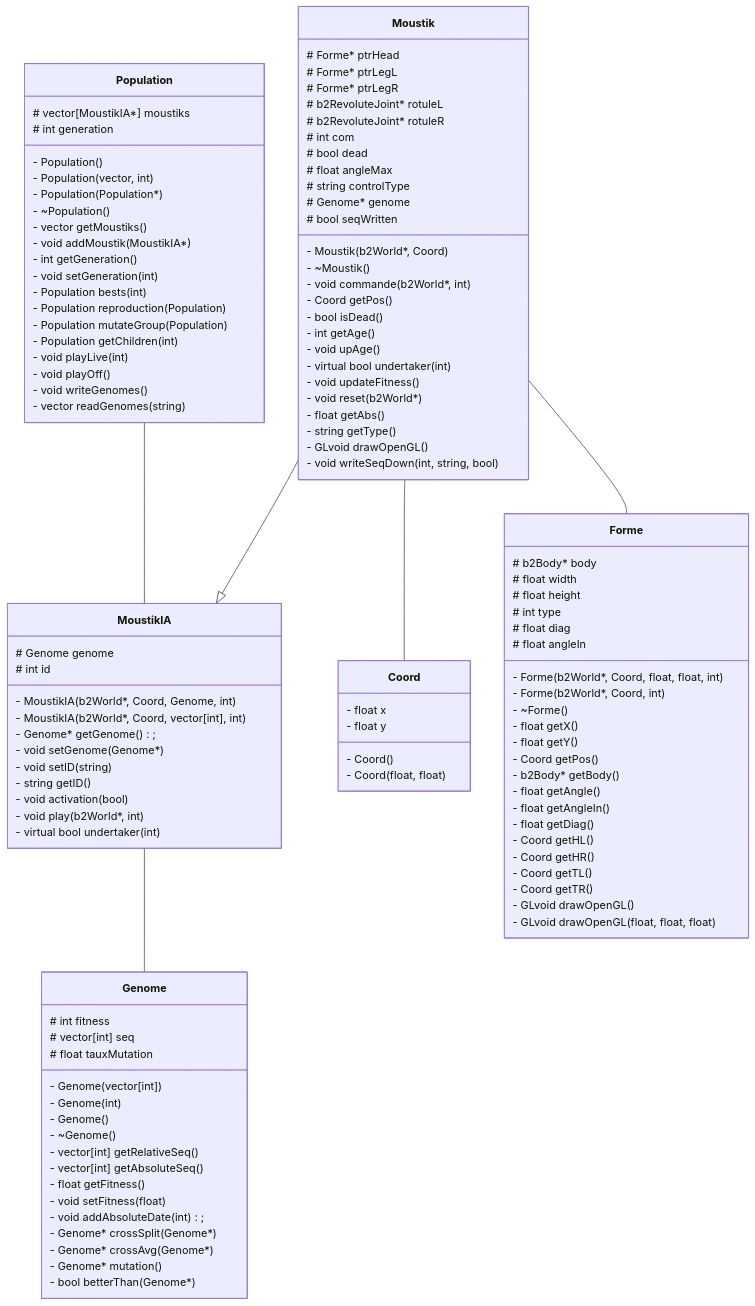
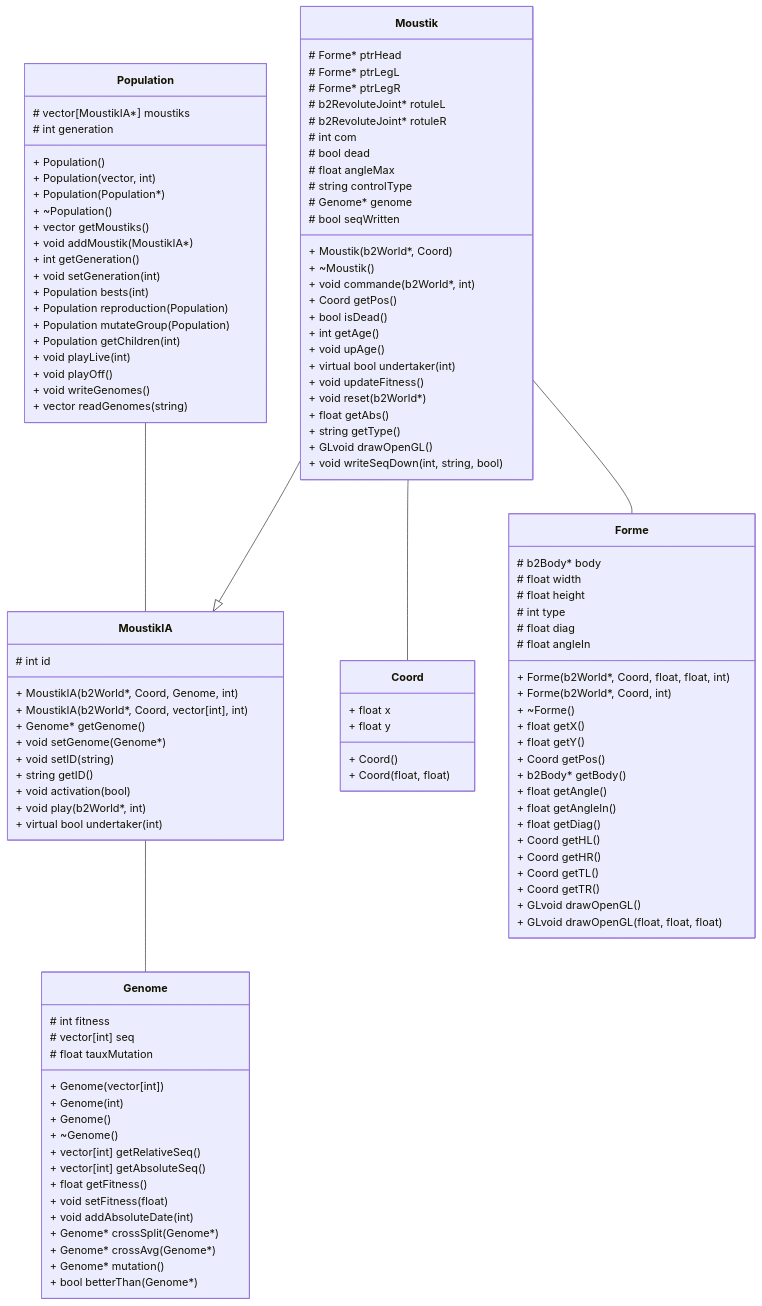
Before and after one commit to vicco-rgb/MoustikGenetik: the diagram in compteRendu.md, drawn with Mermaid. The commit also changed other lines of this file and 1 other file, not shown here.

Commit message:
compterendu explicitation classes

````diff
--- a/compteRendu.md
+++ b/compteRendu.md
@@ -28,10 +67,10 @@
 Moustik--Forme
 
 class Coord {
-  - float x
-  - float y
-  - Coord()
-  - Coord(float, float)
+  + float x
+  + float y
+  + Coord()
+  + Coord(float, float)
 }
 
 class Forme {
@@ -41,22 +80,22 @@
   # int type
   # float diag
   # float angleIn
-  - Forme(b2World*, Coord, float, float, int)
-  - Forme(b2World*, Coord, int)
-  - ~Forme()
-  - float getX()
-  - float getY()
-  - Coord getPos()
-  - b2Body* getBody()
-  - float getAngle()
-  - float getAngleIn()
-  - float getDiag()
-  - Coord getHL()
-  - Coord getHR()
-  - Coord getTL()
-  - Coord getTR()
-  - GLvoid drawOpenGL()
-  - GLvoid drawOpenGL(float, float, float)
+  + Forme(b2World*, Coord, float, float, int)
+  + Forme(b2World*, Coord, int)
+  + ~Forme()
+  + float getX()
+  + float getY()
+  + Coord getPos()
+  + b2Body* getBody()
+  + float getAngle()
+  + float getAngleIn()
+  + float getDiag()
+  + Coord getHL()
+  + Coord getHR()
+  + Coord getTL()
+  + Coord getTR()
+  + GLvoid drawOpenGL()
+  + GLvoid drawOpenGL(float, float, float)
 }
 
 class Moustik {
@@ -71,73 +110,72 @@
   # string controlType
   # Genome* genome
   # bool seqWritten
-  - Moustik(b2World*, Coord)
-  - ~Moustik()
-  - void commande(b2World*, int)
-  - Coord getPos()
-  - bool isDead()
-  - int getAge()
-  - void upAge()
-  - virtual bool undertaker(int)
-  - void updateFitness()
-  - void reset(b2World*)
-  - float getAbs()
-  - string getType()
-  - GLvoid drawOpenGL()
-  - void writeSeqDown(int, string, bool)
+  + Moustik(b2World*, Coord)
+  + ~Moustik()
+  + void commande(b2World*, int)
+  + Coord getPos()
+  + bool isDead()
+  + int getAge()
+  + void upAge()
+  + virtual bool undertaker(int)
+  + void updateFitness()
+  + void reset(b2World*)
+  + float getAbs()
+  + string getType()
+  + GLvoid drawOpenGL()
+  + void writeSeqDown(int, string, bool)
 }
 
 class MoustikIA {
-  # Genome genome
   # int id
-  - MoustikIA(b2World*, Coord, Genome, int)
-  - MoustikIA(b2World*, Coord, vector[int], int)
-  - Genome* getGenome();
-  - void setGenome(Genome*)
-  - void setID(string)
-  - string getID()
-  - void activation(bool)
-  - void play(b2World*, int)
-  - virtual bool undertaker(int)
+  + MoustikIA(b2World*, Coord, Genome, int)
+  + MoustikIA(b2World*, Coord, vector[int], int)
+  + Genome* getGenome()
+  + void setGenome(Genome*)
+  + void setID(string)
+  + string getID()
+  + void activation(bool)
+  + void play(b2World*, int)
+  + virtual bool undertaker(int)
 }
 
 class Genome {
   # int fitness
   # vector[int] seq
   # float tauxMutation
-  - Genome(vector[int])
-  - Genome(int)
-  - Genome()
-  - ~Genome()
-  - vector[int] getRelativeSeq()
-  - vector[int] getAbsoluteSeq()
-  - float getFitness()
-  - void setFitness(float)
-  - void addAbsoluteDate(int);
-  - Genome* crossSplit(Genome*)
-  - Genome* crossAvg(Genome*)
-  - Genome* mutation()
-  - bool betterThan(Genome*)
+  + Genome(vector[int])
+  + Genome(int)
+  + Genome()
+  + ~Genome()
+  + vector[int] getRelativeSeq()
+  + vector[int] getAbsoluteSeq()
+  + float getFitness()
+  + void setFitness(float)
+  + void addAbsoluteDate(int)
+  + Genome* crossSplit(Genome*)
+  + Genome* crossAvg(Genome*)
+  + Genome* mutation()
+  + bool betterThan(Genome*)
 }
 
 class Population {
   # vector[MoustikIA*] moustiks
   # int generation
-  - Population()
-  - Population(vector<MoustikIA*>, int)
-  - Population(Population*)
-  - ~Population()
-  - vector<MoustikIA*> getMoustiks()
-  - void addMoustik(MoustikIA*)
-  - int getGeneration()
-  - void setGeneration(int)
-  - Population bests(int)
-  - Population reproduction(Population)
-  - Population mutateGroup(Population)
-  - Population getChildren(int)
-  - void playLive(int)
-  - void playOff()
-  - void writeGenomes()
-  - vector<Genome*> readGenomes(string)
+  + Population()
+  + Population(vector<MoustikIA*>, int)
+  + Population(Population*)
+  + ~Population()
+  + vector<MoustikIA*> getMoustiks()
+  + void addMoustik(MoustikIA*)
+  + int getGeneration()
+  + void setGeneration(int)
+  + Population bests(int)
+  + Population reproduction(Population)
+  + Population mutateGroup(Population)
+  + Population getChildren(int)
+  + void playLive(int)
+  + void playOff()
+  + void writeGenomes()
+  + vector<Genome*> readGenomes(string)
 }
 ```
````
